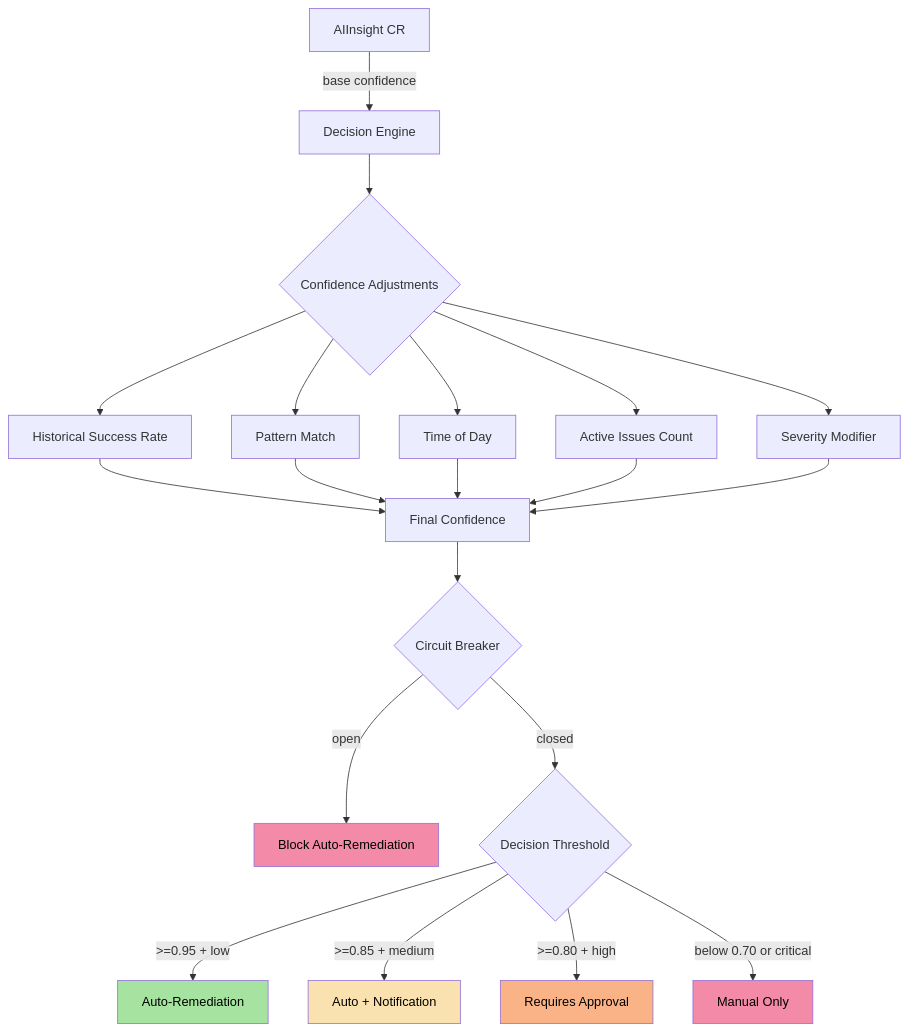
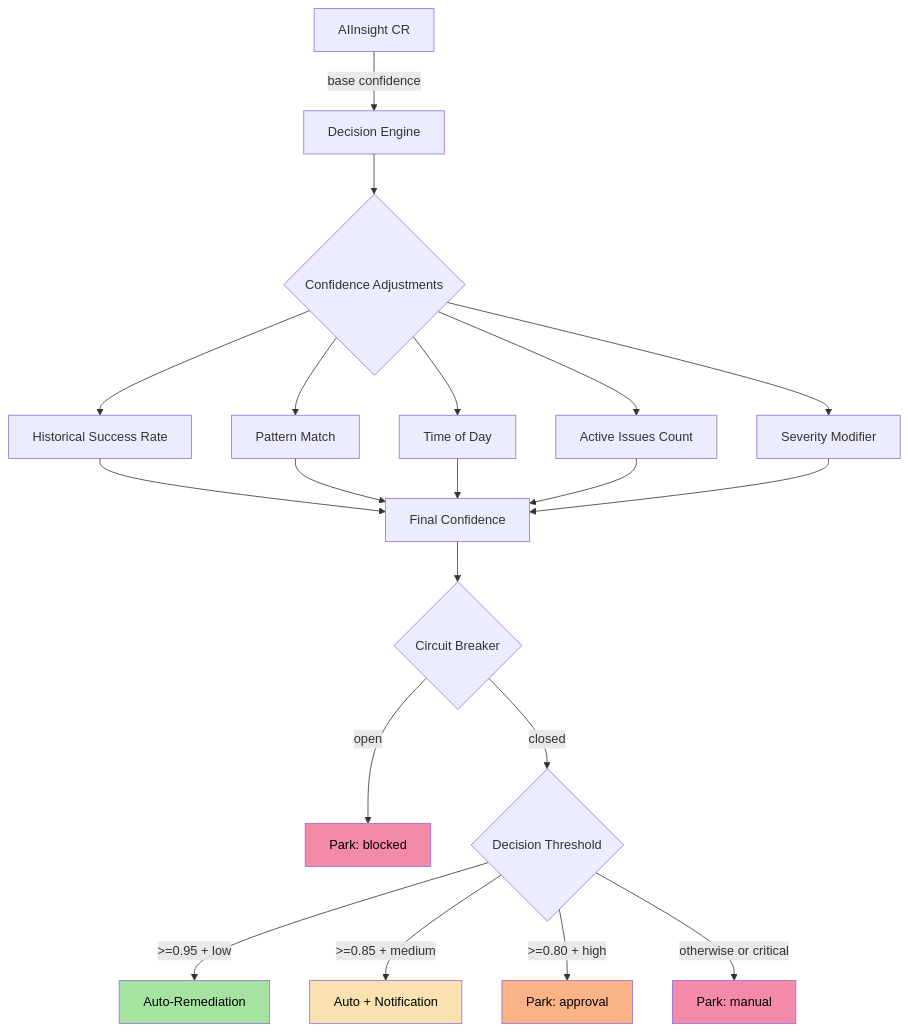
The first of 2 diagrams in features/aiops/decision-engine.mdx (diillson/chatcli.ai), drawn with Mermaid before and after one commit. The commit also changed other lines of this file and 24 other files, not shown here.

````diff
--- a/features/aiops/decision-engine.mdx
+++ b/features/aiops/decision-engine.mdx
@@ -20,24 +20,23 @@
 ```mermaid
 flowchart TD
     A[AIInsight CR] -->|base confidence| B[Decision Engine]
     B --> C{Confidence Adjustments}
     C --> D[Historical Success Rate]
     C --> E[Pattern Match]
     C --> F[Time of Day]
     C --> G[Active Issues Count]
     C --> H[Severity Modifier]
     D & E & F & G & H --> I[Final Confidence]
     I --> J{Circuit Breaker}
-    J -->|open| K[Block Auto-Remediation]
+    J -->|open| K[Park: blocked]
     J -->|closed| L{Decision Threshold}
     L -->|>=0.95 + low| M[Auto-Remediation]
     L -->|>=0.85 + medium| N[Auto + Notification]
-    L -->|>=0.80 + high| O[Requires Approval]
-    L -->|below 0.70 or critical| P[Manual Only]
-
+    L -->|>=0.80 + high| O[Park: approval]
+    L -->|otherwise or critical| P[Park: manual]
     style M fill:#a6e3a1,color:#000
     style N fill:#f9e2af,color:#000
     style O fill:#fab387,color:#000
     style P fill:#f38ba8,color:#000
     style K fill:#f38ba8,color:#000
 ```
````
